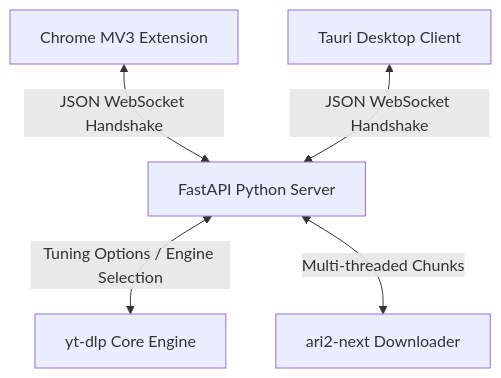
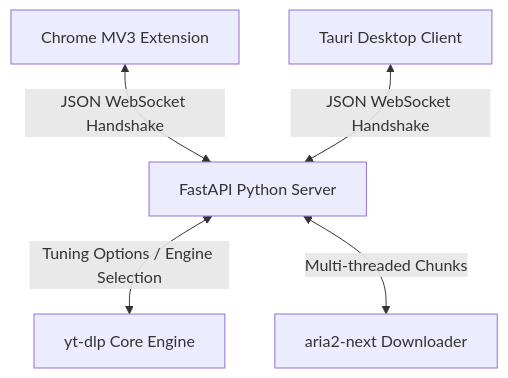
One commit to zaidzameer010/DownloadAnything changed the diagram in README.md. Above: the diagram before and after it, drawn with Mermaid. The commit also changed other lines of this file and 88 other files, not shown here.

````diff
--- a/README.md
+++ b/README.md
@@ -11,7 +11,7 @@
 ```mermaid
 graph TD
     Browser[Chrome MV3 Extension] <-->|JSON WebSocket Handshake| Backend[FastAPI Python Server]
     TauriApp[Tauri Desktop Client] <-->|JSON WebSocket Handshake| Backend
     Backend <-->|Tuning Options / Engine Selection| ytdlp[yt-dlp Core Engine]
-    Backend <-->|Multi-threaded Chunks| ari2[ari2-next Downloader]
+    Backend <-->|Multi-threaded Chunks| aria2-next[aria2-next Downloader]
 ```
````
